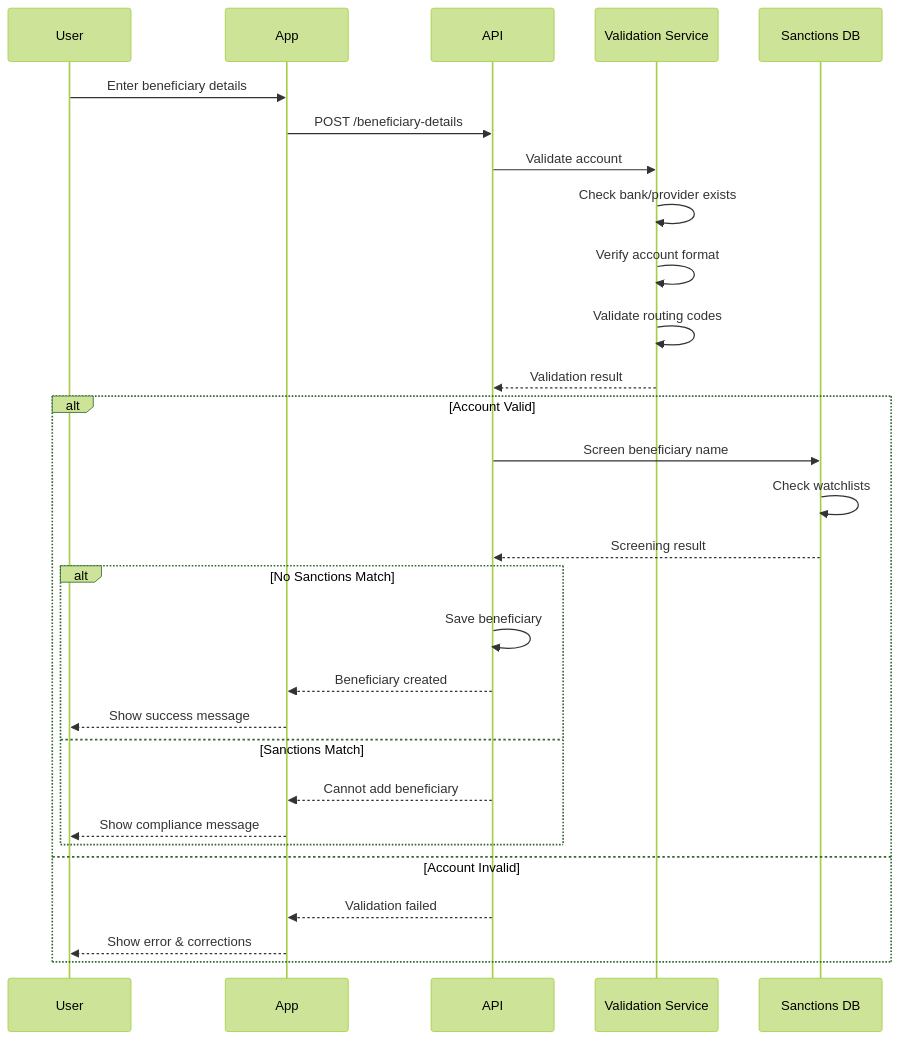
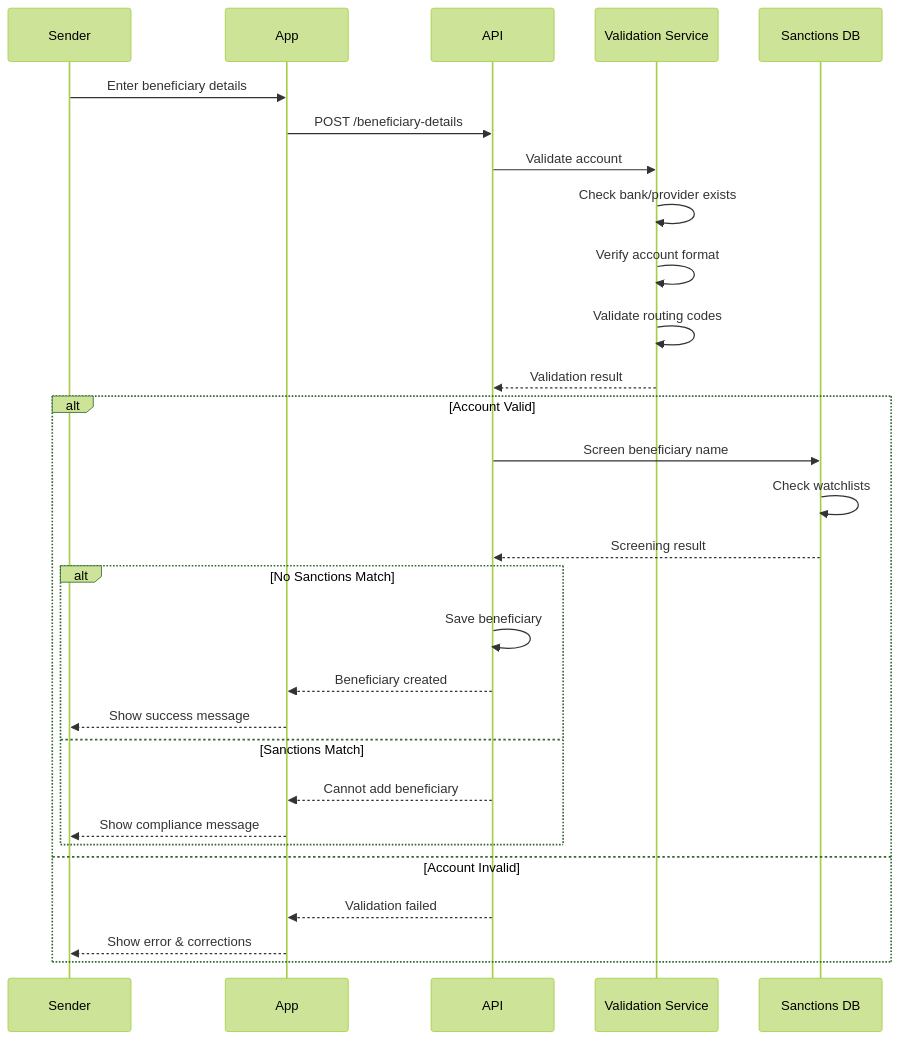
Before and after one commit to trillionclues-fincode/docs: the ninth of 14 diagrams in remittance/process-flows.mdx, drawn with Mermaid (forest theme). The commit also changed other lines of this file and 7 other files, not shown here.

````diff
--- a/remittance/process-flows.mdx
+++ b/remittance/process-flows.mdx
@@ -578,34 +577,34 @@
 ```mermaid
 sequenceDiagram
-    participant User
+    participant Sender
     participant App
     participant API
     participant Validation Service
     participant Sanctions DB
 
-    User->>App: Enter beneficiary details
+    Sender->>App: Enter beneficiary details
     App->>API: POST /beneficiary-details
     API->>Validation Service: Validate account
     Validation Service->>Validation Service: Check bank/provider exists
     Validation Service->>Validation Service: Verify account format
     Validation Service->>Validation Service: Validate routing codes
     Validation Service-->>API: Validation result
 
     alt Account Valid
         API->>Sanctions DB: Screen beneficiary name
         Sanctions DB->>Sanctions DB: Check watchlists
         Sanctions DB-->>API: Screening result
 
         alt No Sanctions Match
             API->>API: Save beneficiary
             API-->>App: Beneficiary created
-            App-->>User: Show success message
+            App-->>Sender: Show success message
         else Sanctions Match
             API-->>App: Cannot add beneficiary
-            App-->>User: Show compliance message
+            App-->>Sender: Show compliance message
         end
     else Account Invalid
         API-->>App: Validation failed
-        App-->>User: Show error & corrections
+        App-->>Sender: Show error & corrections
     end
 ```
````
